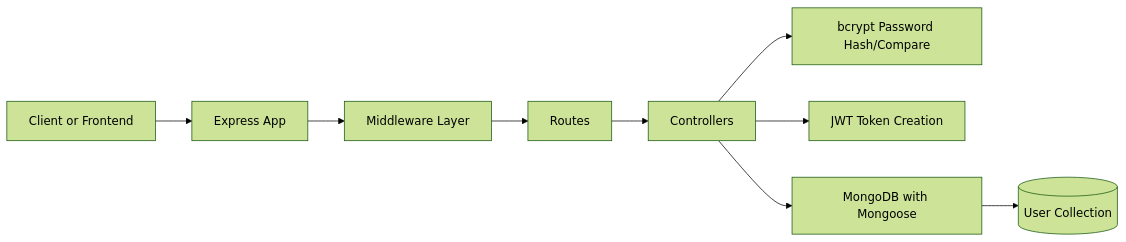
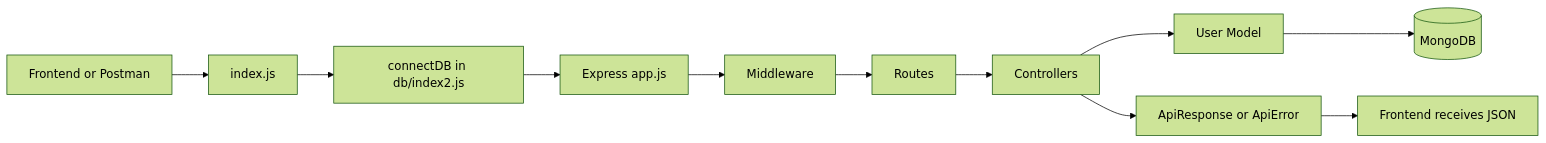
One commit to Krishnx21/Cloud-File-Sharing-URL changed the diagram in README.md. Above: the diagram before and after it, drawn with Mermaid (forest theme). The commit also changed other lines of this file and 17 other files, not shown here.

````diff
--- a/README.md
+++ b/README.md
@@ -89,11 +118,13 @@
 ```mermaid
 flowchart LR
-    A[Client or Frontend] --> B[Express App]
-    B --> C[Middleware Layer]
-    C --> D[Routes]
-    D --> E[Controllers]
-    E --> F[bcrypt Password Hash/Compare]
-    E --> G[JWT Token Creation]
-    E --> H[MongoDB with Mongoose]
-    H --> I[(User Collection)]
+    A[Frontend or Postman] --> B[index.js]
+    B --> C[connectDB in db/index2.js]
+    C --> D[Express app.js]
+    D --> E[Middleware]
+    E --> F[Routes]
+    F --> G[Controllers]
+    G --> H[User Model]
+    H --> I[(MongoDB)]
+    G --> J[ApiResponse or ApiError]
+    J --> K[Frontend receives JSON]
 ```
````
